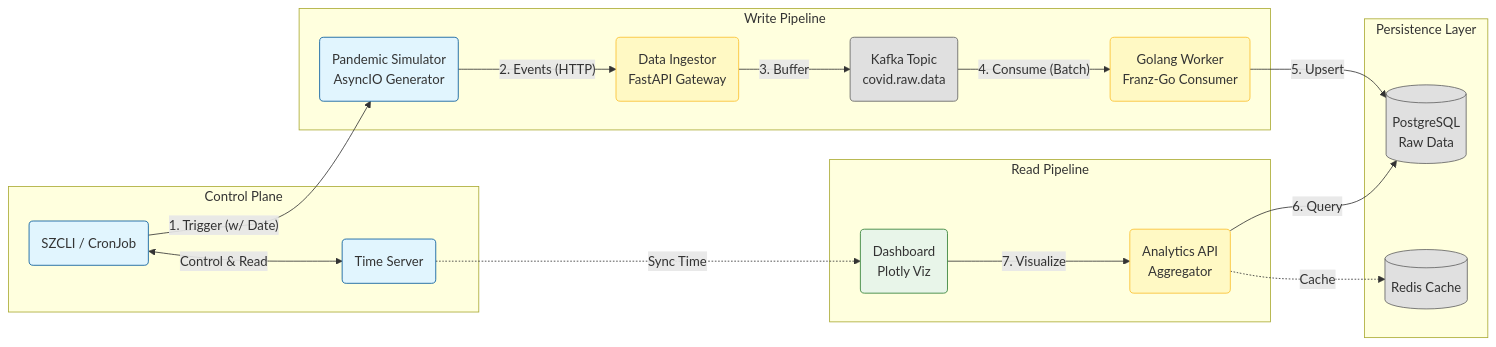
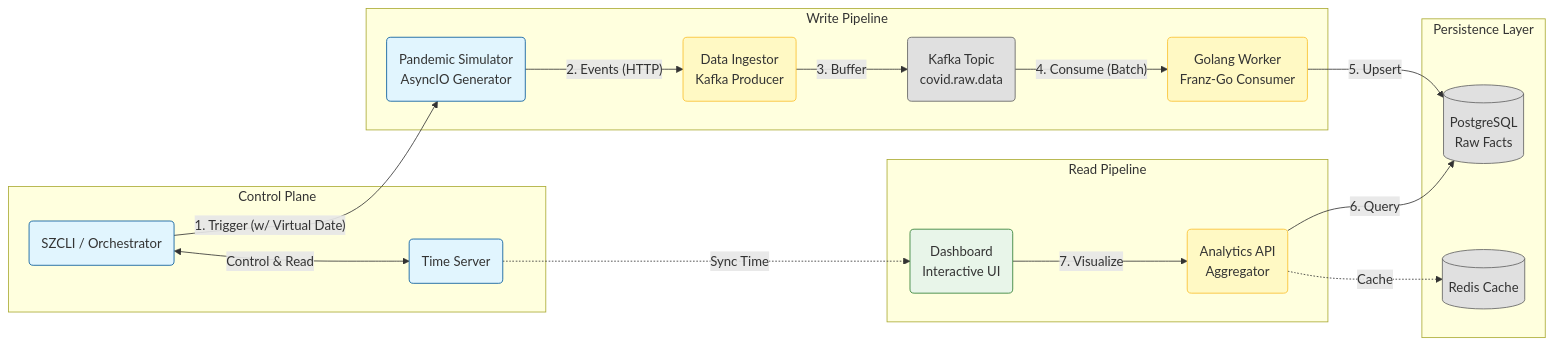
Before and after one commit to SafeChord/Docs: the diagram in docs/safechord.safezone.md, drawn with Mermaid. The commit also changed other lines of this file and 80 other files, not shown here.

First line of the commit message:
docs(v0.3.5): implement English-First SSOT and architectural refinement

````diff
--- a/docs/safechord.safezone.md
+++ b/docs/safechord.safezone.md
@@ -41,47 +41,47 @@
 ```mermaid
 graph LR
-    %% 樣式定義
+    %% Styles
     classDef source fill:#e1f5fe,stroke:#01579b;
     classDef process fill:#fff9c4,stroke:#fbc02d;
     classDef storage fill:#e0e0e0,stroke:#616161;
     classDef view fill:#e8f5e9,stroke:#2e7d32;
 
-    %% 觸發源
+    %% Control Plane
     subgraph Trigger [Control Plane]
-        CLI(SZCLI / CronJob):::source
+        CLI(SZCLI / Orchestrator):::source
         Time(Time Server):::source
     end
 
-    %% 寫入路徑
+    %% Write Path
     subgraph WritePath [Write Pipeline]
         Sim(Pandemic Simulator<br/>AsyncIO Generator):::source
-        Ingest(Data Ingestor<br/>FastAPI Gateway):::process
+        Ingest(Data Ingestor<br/>Kafka Producer):::process
         Kafka(Kafka Topic<br/>covid.raw.data):::storage
         Worker(Golang Worker<br/>Franz-Go Consumer):::process
     end
 
-    %% 儲存層
+    %% Persistence
     subgraph DataStore [Persistence Layer]
-        DB[(PostgreSQL<br/>Raw Data)]:::storage
+        DB[(PostgreSQL<br/>Raw Facts)]:::storage
         Redis[(Redis Cache)]:::storage
     end
 
-    %% 讀取路徑
+    %% Read Path
     subgraph ReadPath [Read Pipeline]
         API(Analytics API<br/>Aggregator):::process
-        Dash(Dashboard<br/>Plotly Viz):::view
+        Dash(Dashboard<br/>Interactive UI):::view
     end
 
-    %% 關係連線
+    %% Interactions
     CLI <-->|"Control & Read"| Time
-    CLI -->|"1. Trigger (w/ Date)"| Sim
+    CLI -->|"1. Trigger (w/ Virtual Date)"| Sim
     Sim -->|"2. Events (HTTP)"| Ingest
     Ingest -->|"3. Buffer"| Kafka
     Kafka -->|"4. Consume (Batch)"| Worker
     Worker -->|"5. Upsert"| DB
     
     API -->|"6. Query"| DB
     API -.->|"Cache"| Redis
     Dash -->|"7. Visualize"| API
     Time -.->|"Sync Time"| Dash
 ```
````
